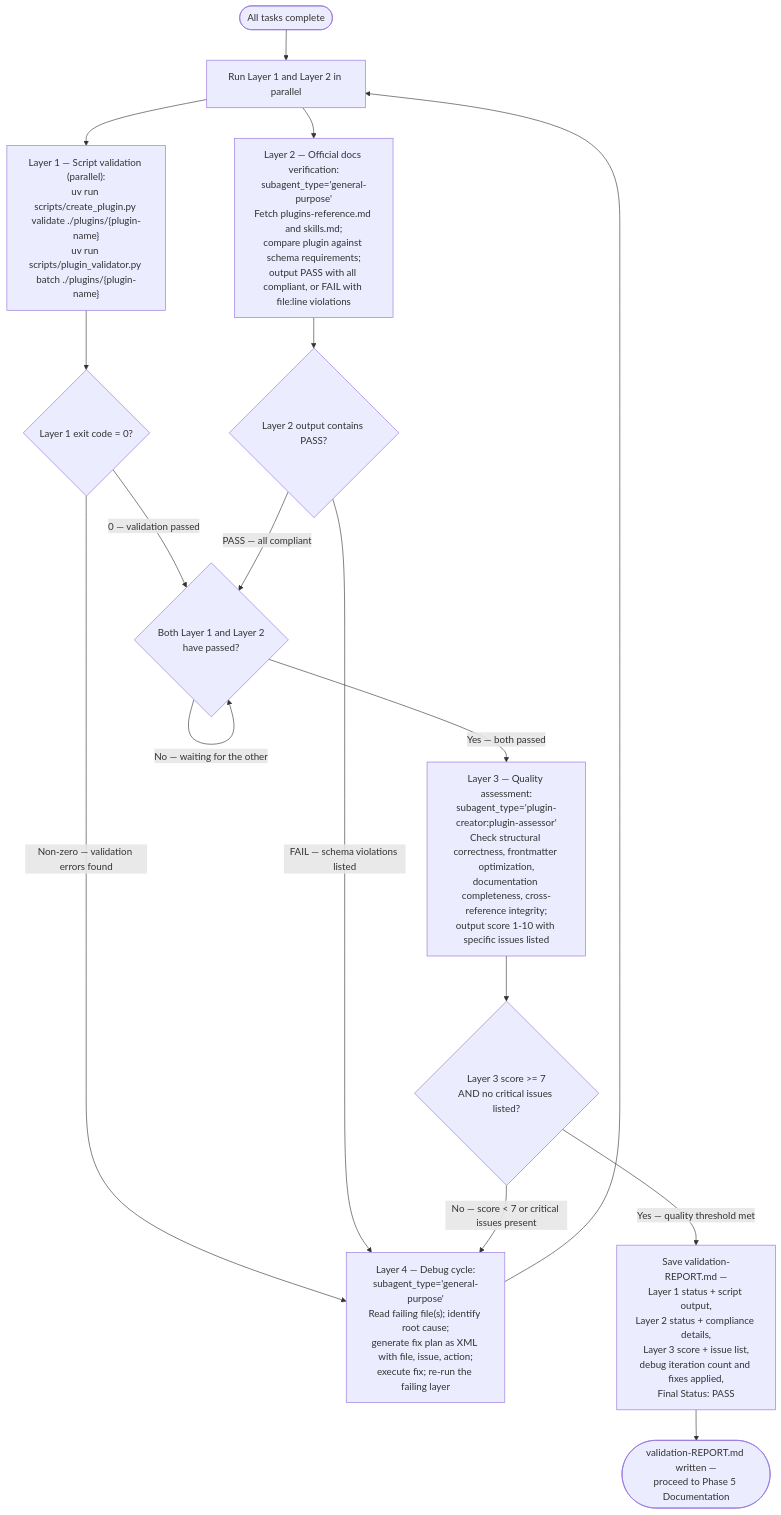
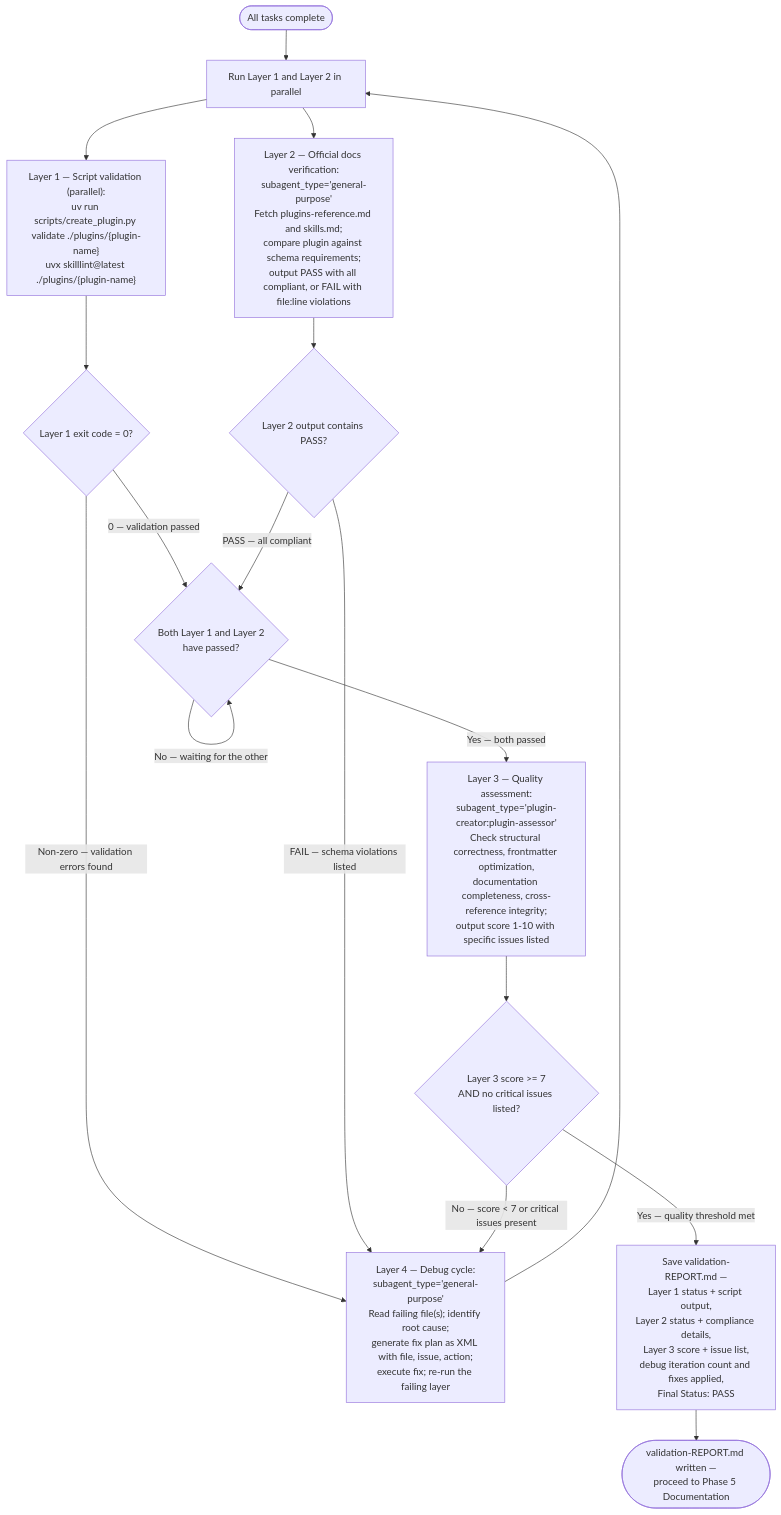
Before and after one commit to chgreer1070/claude_skills: the seventh of 11 diagrams in plugins/plugin-creator/skills/plugin-creator/references/workflow-diagram.md, drawn with Mermaid. The commit also changed other lines of this file and 48 other files, not shown here.

First line of the commit message:
refactor(migration): replace plugin_validator.py with uvx skilllint@latest

````diff
--- a/plugins/plugin-creator/skills/plugin-creator/references/workflow-diagram.md
+++ b/plugins/plugin-creator/skills/plugin-creator/references/workflow-diagram.md
@@ -156,32 +156,32 @@
 ```mermaid
 flowchart TD
     Start(["All tasks complete"]) --> L1L2["Run Layer 1 and Layer 2 in parallel"]
 
-    L1L2 --> L1["Layer 1 — Script validation (parallel):<br>uv run scripts/create_plugin.py validate ./plugins/{plugin-name}<br>uv run scripts/plugin_validator.py batch ./plugins/{plugin-name}"]
+    L1L2 --> L1["Layer 1 — Script validation (parallel):<br>uv run scripts/create_plugin.py validate ./plugins/{plugin-name}<br>uvx skilllint@latest ./plugins/{plugin-name}"]
 
     L1L2 --> L2["Layer 2 — Official docs verification:<br>subagent_type='general-purpose'<br>Fetch plugins-reference.md and skills.md;<br>compare plugin against schema requirements;<br>output PASS with all compliant, or FAIL with file:line violations"]
 
     L1 --> L1Q{"Layer 1 exit code = 0?"}
     L2 --> L2Q{"Layer 2 output contains PASS?"}
 
     L1Q -->|"Non-zero — validation errors found"| Debug
     L2Q -->|"FAIL — schema violations listed"| Debug
 
     L1Q -->|"0 — validation passed"| L3Wait
     L2Q -->|"PASS — all compliant"| L3Wait
 
     L3Wait{"Both Layer 1 and Layer 2<br>have passed?"}
     L3Wait -->|"No — waiting for the other"| L3Wait
     L3Wait -->|"Yes — both passed"| L3
 
     L3["Layer 3 — Quality assessment:<br>subagent_type='plugin-creator:plugin-assessor'<br>Check structural correctness, frontmatter optimization,<br>documentation completeness, cross-reference integrity;<br>output score 1-10 with specific issues listed"]
 
     L3 --> L3Q{"Layer 3 score >= 7<br>AND no critical issues listed?"}
     L3Q -->|"No — score < 7 or critical issues present"| Debug
 
     L3Q -->|"Yes — quality threshold met"| SaveReport["Save validation-REPORT.md —<br>Layer 1 status + script output,<br>Layer 2 status + compliance details,<br>Layer 3 score + issue list,<br>debug iteration count and fixes applied,<br>Final Status: PASS"]
     SaveReport --> Done(["validation-REPORT.md written —<br>proceed to Phase 5 Documentation"])
 
     Debug["Layer 4 — Debug cycle:<br>subagent_type='general-purpose'<br>Read failing file(s); identify root cause;<br>generate fix plan as XML with file, issue, action;<br>execute fix; re-run the failing layer"]
     Debug --> L1L2
 ```
````
